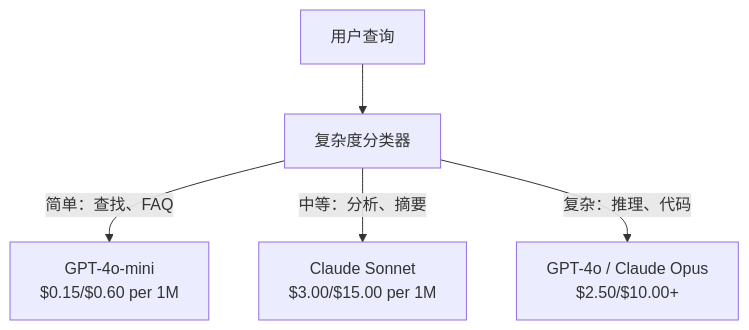
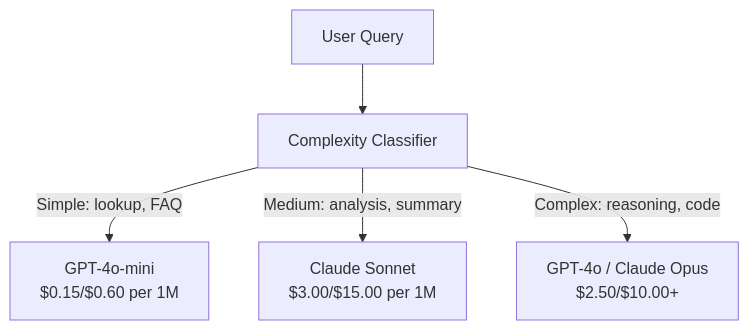
Before and after one commit to xiaojiaenen/ai-engineering-from-scratch-zh: the third of 3 diagrams in i18n/zh/phases/11-llm-engineering/11-caching-cost/docs/zh.md, drawn with Mermaid. The commit also changed other lines of this file and 17 other files, not shown here.

````diff
--- a/i18n/zh/phases/11-llm-engineering/11-caching-cost/docs/zh.md
+++ b/i18n/zh/phases/11-llm-engineering/11-caching-cost/docs/zh.md
@@ -126,7 +125,7 @@
 ```mermaid
 flowchart TD
-    A[用户查询] --> B[复杂度分类器]
-    B -->|简单：查找、FAQ| C[GPT-4o-mini<br/>$0.15/$0.60 per 1M]
-    B -->|中等：分析、摘要| D[Claude Sonnet<br/>$3.00/$15.00 per 1M]
-    B -->|复杂：推理、代码| E[GPT-4o / Claude Opus<br/>$2.50/$10.00+]
+    A[User Query] --> B[Complexity Classifier]
+    B -->|Simple: lookup, FAQ| C[GPT-4o-mini<br/>$0.15/$0.60 per 1M]
+    B -->|Medium: analysis, summary| D[Claude Sonnet<br/>$3.00/$15.00 per 1M]
+    B -->|Complex: reasoning, code| E[GPT-4o / Claude Opus<br/>$2.50/$10.00+]
 ```
````
